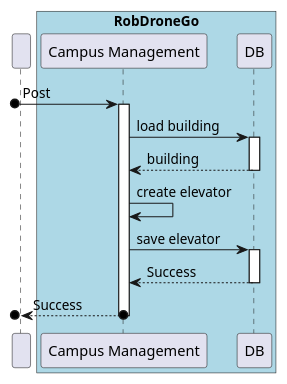
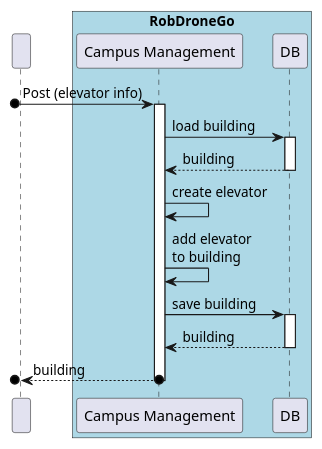
One commit to winqus/RobDroneGo changed the diagram in docs/US/ID-270/SD lv2.puml. Above: the diagram before and after it, drawn with PlantUML. The commit also changed 3 other files, not shown here.

```diff
--- a/docs/US/ID-270/SD lv2.puml
+++ b/docs/US/ID-270/SD lv2.puml
@@ -1,27 +1,28 @@
 @startuml SD Lv2
 
 participant " "
 box "RobDroneGo" #LightBlue
     participant "Campus Management" as campus
     participant "DB" as DB
 end box
 
-[o-> campus : Post
+[o-> campus : Post (elevator info)
 activate campus
 
 campus -> DB : load building
 activate DB
 DB --> campus : building
 deactivate DB
 
 campus -> campus : create elevator
+campus -> campus : add elevator\nto building
 
-campus -> DB : save elevator
+campus -> DB : save building
 activate DB
-DB --> campus : Success
+DB --> campus : building
 deactivate DB
 
-[o<--o campus : Success
+[o<--o campus : building
 deactivate campus
 
 @enduml
```
